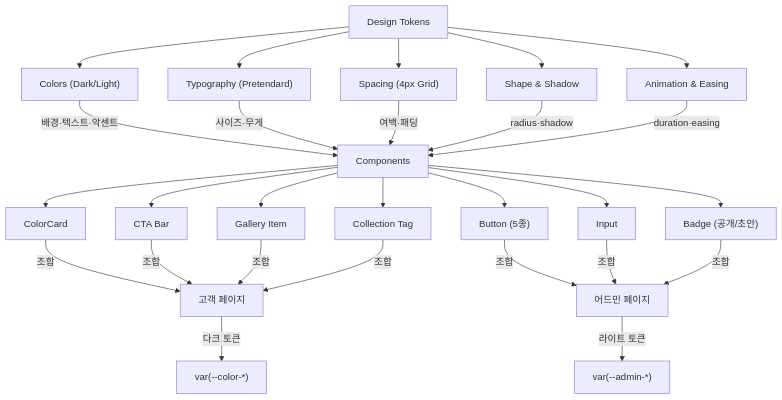
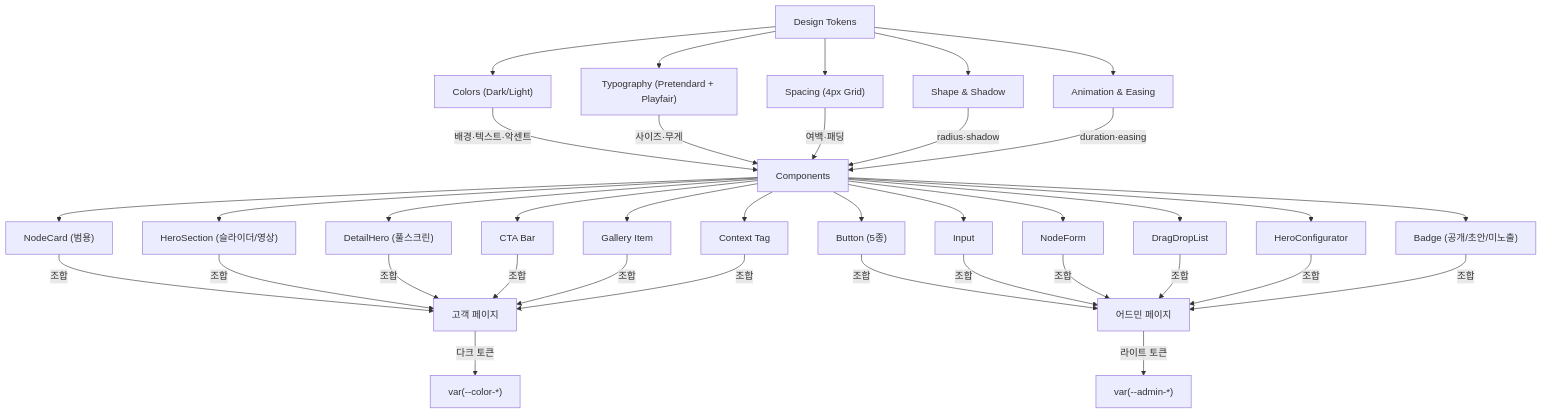
One commit to westgeneraldoor/munjanggun changed the diagram in docs/DESIGN_SYSTEM.md. Above: the diagram before and after it, drawn with Mermaid. The commit also changed other lines of this file and 24 other files, not shown here.

First line of the commit message:
feat(v2): Phase 2-1 노드 목록+CRUD 완료 + Exposed schemas 핫픽스

````diff
--- a/docs/DESIGN_SYSTEM.md
+++ b/docs/DESIGN_SYSTEM.md
@@ -552,34 +621,45 @@
 ```mermaid
 graph TD
   DT["Design Tokens"] --> C["Colors (Dark/Light)"]
-  DT --> T["Typography (Pretendard)"]
+  DT --> T["Typography (Pretendard + Playfair)"]
   DT --> S["Spacing (4px Grid)"]
   DT --> SH["Shape & Shadow"]
   DT --> A["Animation & Easing"]
 
   C --> |배경·텍스트·악센트| COMP["Components"]
   T --> |사이즈·무게| COMP
   S --> |여백·패딩| COMP
   SH --> |radius·shadow| COMP
   A --> |duration·easing| COMP
 
-  COMP --> CARD["ColorCard"]
+  COMP --> NCARD["NodeCard (범용)"]
+  COMP --> HERO["HeroSection (슬라이더/영상)"]
+  COMP --> DHERO["DetailHero (풀스크린)"]
   COMP --> CTA["CTA Bar"]
   COMP --> BTN["Button (5종)"]
   COMP --> INP["Input"]
-  COMP --> BADGE["Badge (공개/초안)"]
-  COMP --> TAG["Collection Tag"]
   COMP --> GAL["Gallery Item"]
+  COMP --> TAG["Context Tag"]
 
-  CARD --> |조합| CUST["고객 페이지"]
+  NCARD --> |조합| CUST["고객 페이지"]
+  HERO --> |조합| CUST
+  DHERO --> |조합| CUST
   CTA --> |조합| CUST
   GAL --> |조합| CUST
   TAG --> |조합| CUST
 
+  COMP --> NFORM["NodeForm"]
+  COMP --> DND["DragDropList"]
+  COMP --> HCONF["HeroConfigurator"]
+  COMP --> BADGE["Badge (공개/초안/미노출)"]
+
   BTN --> |조합| ADMIN["어드민 페이지"]
   INP --> |조합| ADMIN
+  NFORM --> |조합| ADMIN
+  DND --> |조합| ADMIN
+  HCONF --> |조합| ADMIN
   BADGE --> |조합| ADMIN
 
   CUST --> |다크 토큰| DARK["var(--color-*)"]
   ADMIN --> |라이트 토큰| LIGHT["var(--admin-*)"]
 ```
````
